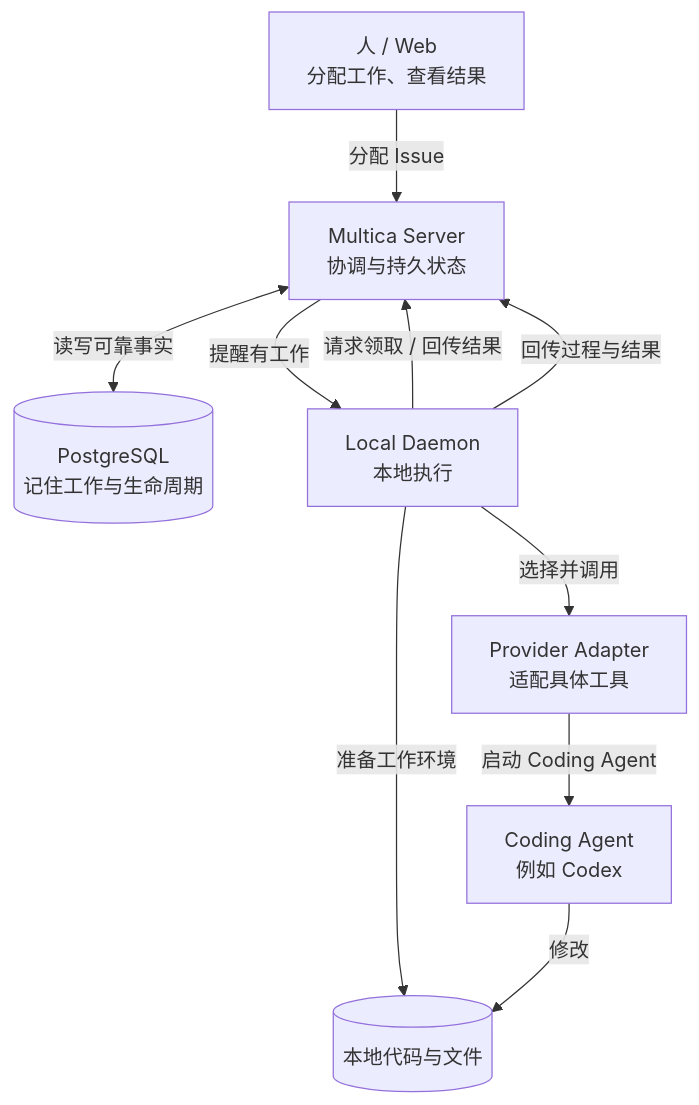
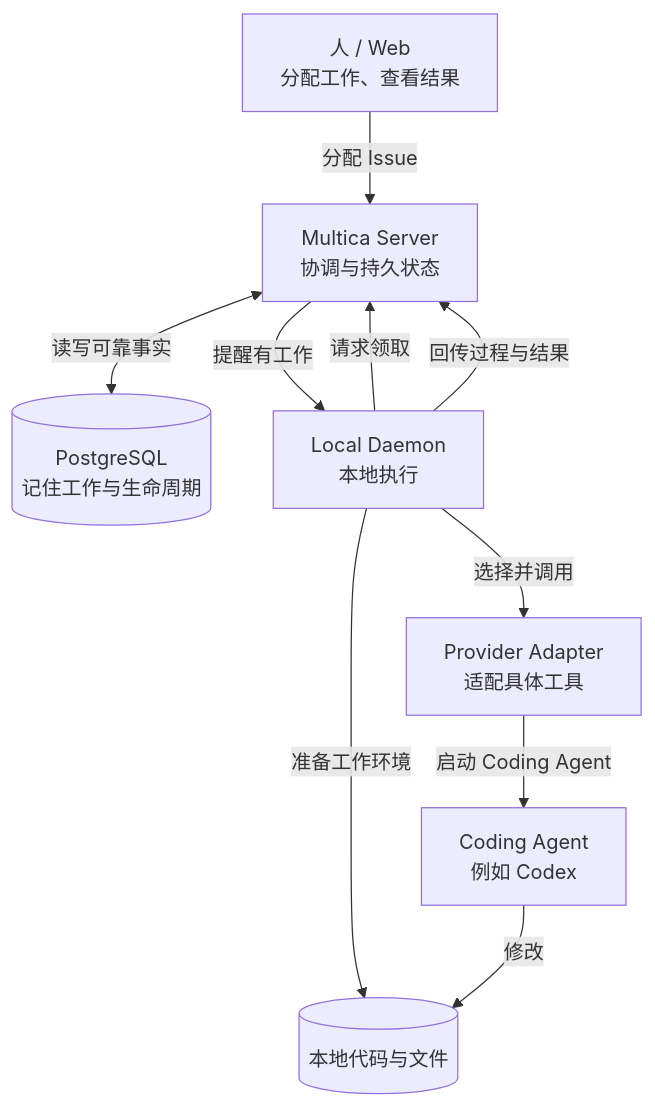
The first of 5 diagrams in site/src/content/tutorials/run-lifecycle.mdx (QinWeijia111/multica-learning), drawn with Mermaid before and after one commit. The commit also changed other lines of this file and 1 other file, not shown here.

Commit message:
NAVI-19 Clarify lifecycle diagram edges

````diff
--- a/site/src/content/tutorials/run-lifecycle.mdx
+++ b/site/src/content/tutorials/run-lifecycle.mdx
@@ -27,20 +27,20 @@
 ```mermaid
 flowchart TD
     human["人 / Web<br/>分配工作、查看结果"]
     server["Multica Server<br/>协调与持久状态"]
     state[("PostgreSQL<br/>记住工作与生命周期")]
     daemon["Local Daemon<br/>本地执行"]
     adapter["Provider Adapter<br/>适配具体工具"]
     agent["Coding Agent<br/>例如 Codex"]
     files[("本地代码与文件")]
 
     human -->|分配 Issue| server
     server <-->|读写可靠事实| state
     server -->|提醒有工作| daemon
-    daemon -->|请求领取 / 回传结果| server
+    daemon -->|请求领取| server
     daemon -->|准备工作环境| files
     daemon -->|选择并调用| adapter
     adapter -->|启动 Coding Agent| agent
     agent -->|修改| files
     daemon -->|回传过程与结果| server
 ```
````
